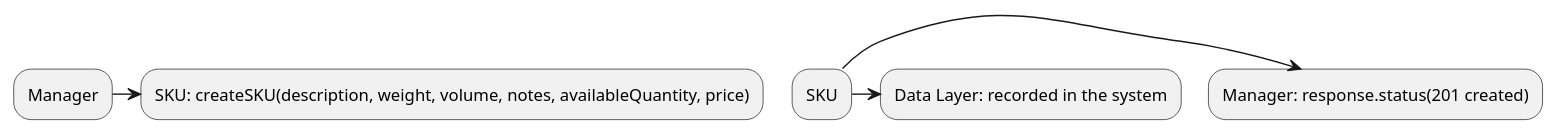
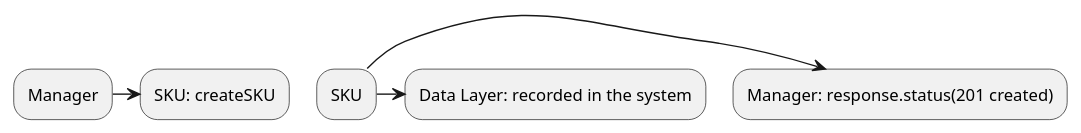
One commit to robsanity/JavascriptBackEndProjectAndTesting changed the second of 5 diagrams in DesignDocument.md. Above: the diagram before and after it, drawn with PlantUML.

````diff
--- a/DesignDocument.md
+++ b/DesignDocument.md
@@ -247,7 +248,6 @@
 ```plantuml
-
-Manager -> SKU: createSKU(description, weight, volume, notes, availableQuantity, price)
-SKU -> Manager: response.status(201 created)
-SKU -> Data Layer: recorded in the system 
+Manager->SKU: createSKU
+SKU->Manager: response.status(201 created)
+SKU->Data Layer: recorded in the system 
 
 ```
````
